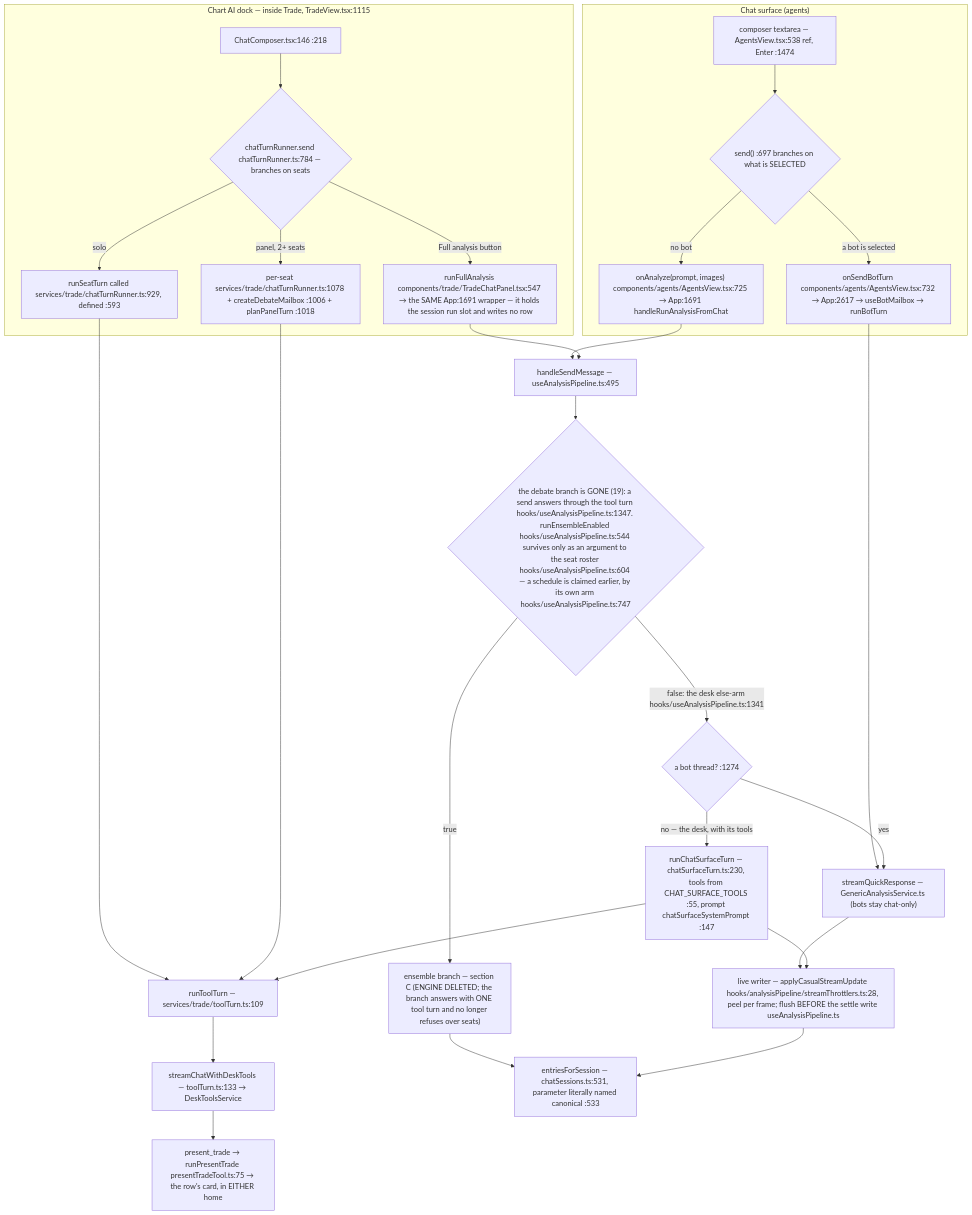
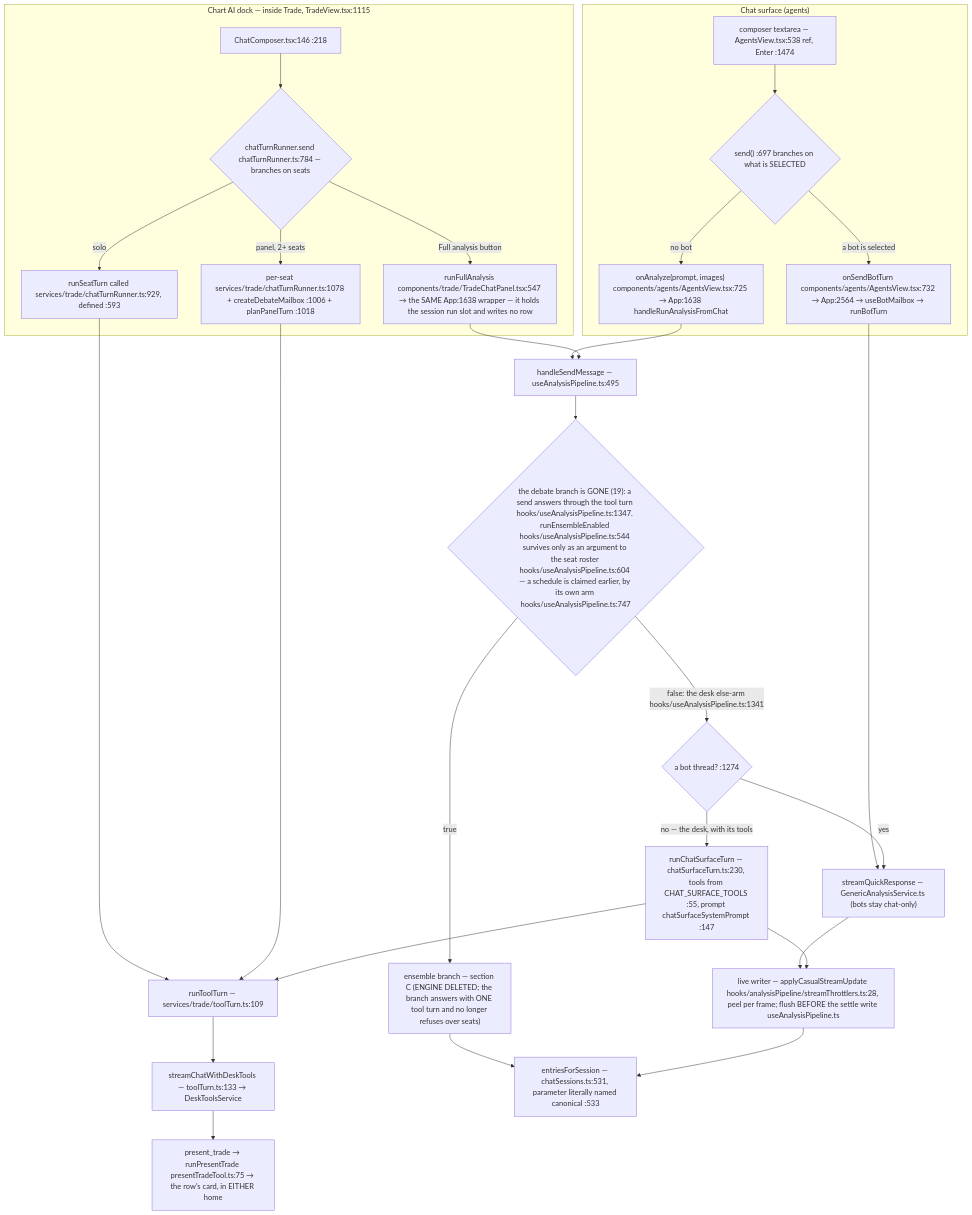
Before and after one commit to Acepay25/august-3.5: the second of 7 diagrams in docs/app-flow.md, drawn with Mermaid. The commit also changed other lines of this file and 4 other files, not shown here.

````diff
--- a/docs/app-flow.md
+++ b/docs/app-flow.md
@@ -61,31 +61,31 @@
 ```mermaid
 flowchart TD
     subgraph CHAT["Chat surface (agents)"]
         CB["composer textarea — AgentsView.tsx:538 ref, Enter :1474"] --> D1{"send() :697 branches on what is SELECTED"}
-        D1 -->|a bot is selected| BOT["onSendBotTurn components/agents/AgentsView.tsx:732 → App:2617 → useBotMailbox → runBotTurn"]
-        D1 -->|no bot| AN["onAnalyze(prompt, images) components/agents/AgentsView.tsx:725 → App:1691 handleRunAnalysisFromChat"]
+        D1 -->|a bot is selected| BOT["onSendBotTurn components/agents/AgentsView.tsx:732 → App:2564 → useBotMailbox → runBotTurn"]
+        D1 -->|no bot| AN["onAnalyze(prompt, images) components/agents/AgentsView.tsx:725 → App:1638 handleRunAnalysisFromChat"]
     end
     subgraph DOCK["Chart AI dock — inside Trade, TradeView.tsx:1115"]
         DC["ChatComposer.tsx:146 :218"] --> D2{"chatTurnRunner.send chatTurnRunner.ts:784 — branches on seats"}
         D2 -->|solo| SO["runSeatTurn called services/trade/chatTurnRunner.ts:929, defined :593"]
         D2 -->|panel, 2+ seats| PN["per-seat services/trade/chatTurnRunner.ts:1078 + createDebateMailbox :1006 + planPanelTurn :1018"]
-        D2 -->|Full analysis button| FA["runFullAnalysis components/trade/TradeChatPanel.tsx:547 → the SAME App:1691 wrapper — it holds the session run slot and writes no row"]
+        D2 -->|Full analysis button| FA["runFullAnalysis components/trade/TradeChatPanel.tsx:547 → the SAME App:1638 wrapper — it holds the session run slot and writes no row"]
     end
     SO --> TT["runToolTurn — services/trade/toolTurn.ts:109"]
     PN --> TT
     TT --> SCDT["streamChatWithDeskTools — toolTurn.ts:133 → DeskToolsService"]
     BOT --> TR["streamQuickResponse — GenericAnalysisService.ts (bots stay chat-only)"]
     AN --> HSM["handleSendMessage — useAnalysisPipeline.ts:495"]
     FA --> HSM
     HSM --> D3{"the debate branch is GONE (19): a send answers through the tool turn hooks/useAnalysisPipeline.ts:1347. runEnsembleEnabled hooks/useAnalysisPipeline.ts:544 survives only as an argument to the seat roster hooks/useAnalysisPipeline.ts:604 — a schedule is claimed earlier, by its own arm hooks/useAnalysisPipeline.ts:747"}
     D3 -->|true| ENS["ensemble branch — section C (ENGINE DELETED; the branch answers with ONE tool turn and no longer refuses over seats)"]
     D3 -->|false: the desk else-arm hooks/useAnalysisPipeline.ts:1341| SPLIT{"a bot thread? :1274"}
     SPLIT -->|yes| TR
     SPLIT -->|no — the desk, with its tools| CST["runChatSurfaceTurn — chatSurfaceTurn.ts:230, tools from CHAT_SURFACE_TOOLS :55, prompt chatSurfaceSystemPrompt :147"]
     CST --> TT
     TR --> LW["live writer — applyCasualStreamUpdate hooks/analysisPipeline/streamThrottlers.ts:28, peel per frame; flush BEFORE the settle write useAnalysisPipeline.ts"]
     CST --> LW
     ENS --> MERGE
     LW --> MERGE["entriesForSession — chatSessions.ts:531, parameter literally named canonical :533"]
     SCDT --> PT["present_trade → runPresentTrade presentTradeTool.ts:75 → the row's card, in EITHER home"]
 ```
````
